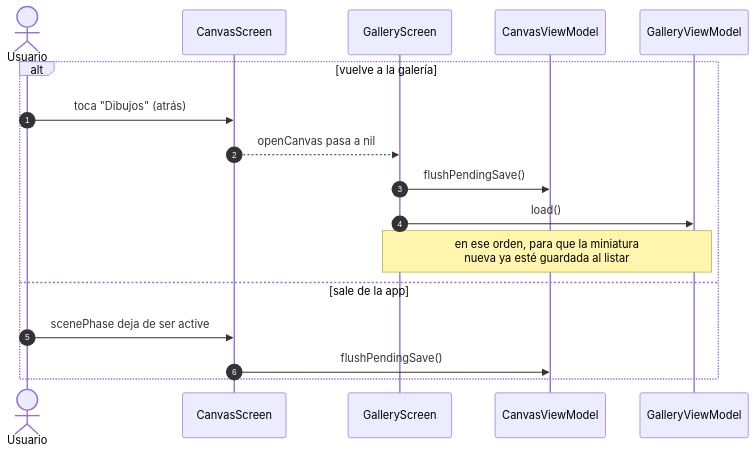
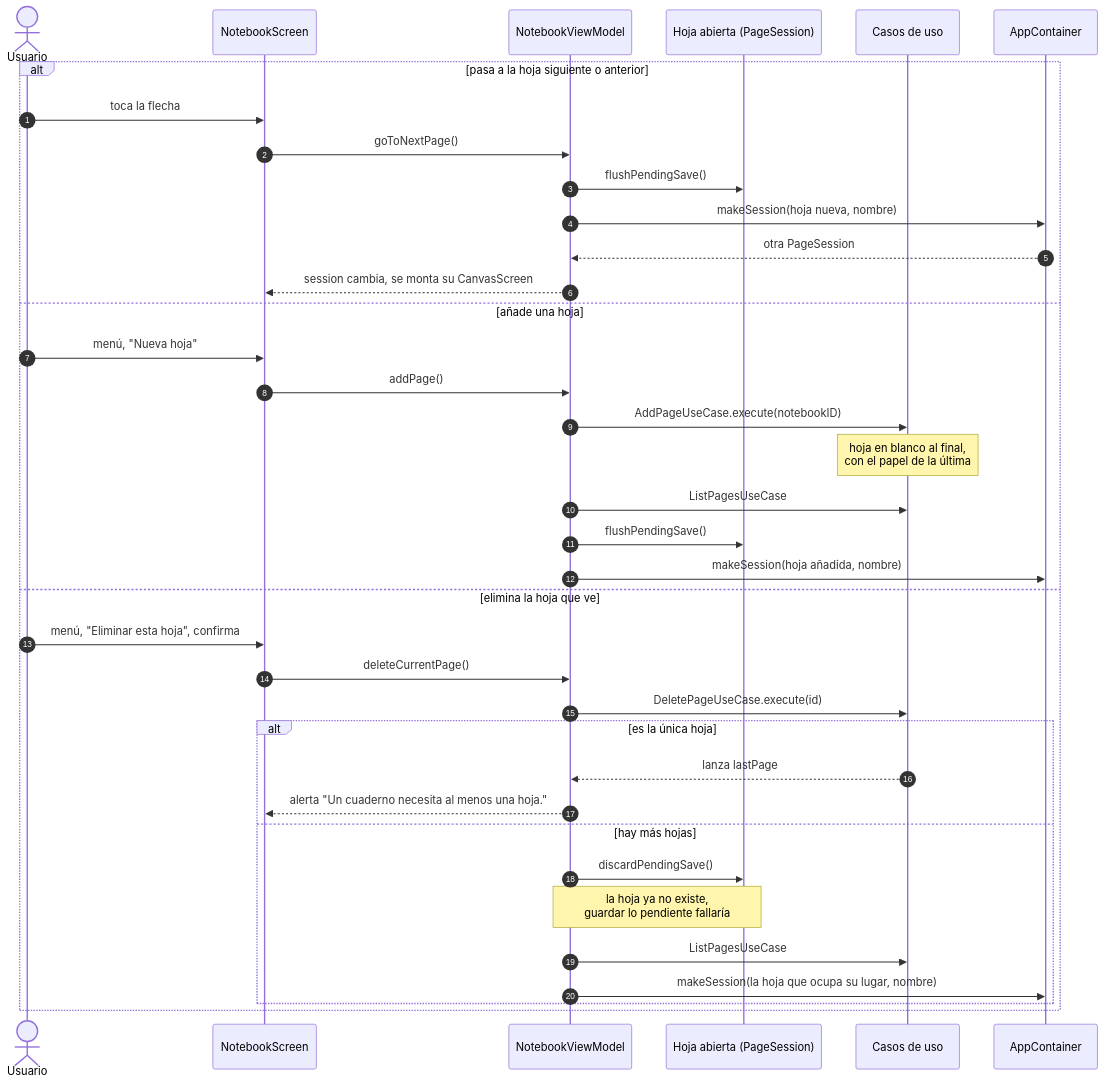
Before and after one commit to jhonjairo6230/DrawPad: the sixth of 10 diagrams in docs/arquitectura.md, drawn with Mermaid. The commit also changed other lines of this file and 57 other files, not shown here.

First line of the commit message:
Añadir cuadernos con hojas

````diff
--- a/docs/arquitectura.md
+++ b/docs/arquitectura.md
@@ -409,20 +484,40 @@
 ```mermaid
 sequenceDiagram
     autonumber
     actor U as Usuario
-    participant V as CanvasScreen
-    participant G as GalleryScreen
-    participant VM as CanvasViewModel
-    participant GVM as GalleryViewModel
+    participant N as NotebookScreen
+    participant NVM as NotebookViewModel
+    participant S as Hoja abierta (PageSession)
+    participant UC as Casos de uso
+    participant C as AppContainer
 
-    alt vuelve a la galería
-        U->>V: toca "Dibujos" (atrás)
-        V-->>G: openCanvas pasa a nil
-        G->>VM: flushPendingSave()
-        G->>GVM: load()
-        Note over G,GVM: en ese orden, para que la miniatura<br/>nueva ya esté guardada al listar
-    else sale de la app
-        U->>V: scenePhase deja de ser active
-        V->>VM: flushPendingSave()
+    alt pasa a la hoja siguiente o anterior
+        U->>N: toca la flecha
+        N->>NVM: goToNextPage()
+        NVM->>S: flushPendingSave()
+        NVM->>C: makeSession(hoja nueva, nombre)
+        C-->>NVM: otra PageSession
+        NVM-->>N: session cambia, se monta su CanvasScreen
+    else añade una hoja
+        U->>N: menú, "Nueva hoja"
+        N->>NVM: addPage()
+        NVM->>UC: AddPageUseCase.execute(notebookID)
+        Note over UC: hoja en blanco al final,<br/>con el papel de la última
+        NVM->>UC: ListPagesUseCase
+        NVM->>S: flushPendingSave()
+        NVM->>C: makeSession(hoja añadida, nombre)
+    else elimina la hoja que ve
+        U->>N: menú, "Eliminar esta hoja", confirma
+        N->>NVM: deleteCurrentPage()
+        NVM->>UC: DeletePageUseCase.execute(id)
+        alt es la única hoja
+            UC-->>NVM: lanza lastPage
+            NVM-->>N: alerta "Un cuaderno necesita al menos una hoja."
+        else hay más hojas
+            NVM->>S: discardPendingSave()
+            Note over NVM,S: la hoja ya no existe,<br/>guardar lo pendiente fallaría
+            NVM->>UC: ListPagesUseCase
+            NVM->>C: makeSession(la hoja que ocupa su lugar, nombre)
+        end
     end
 ```
````
